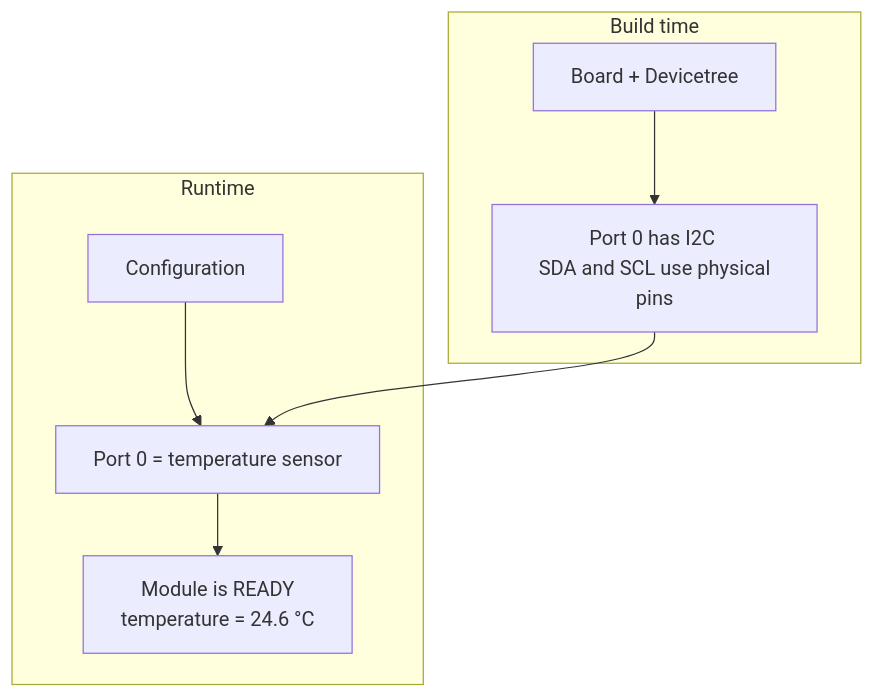
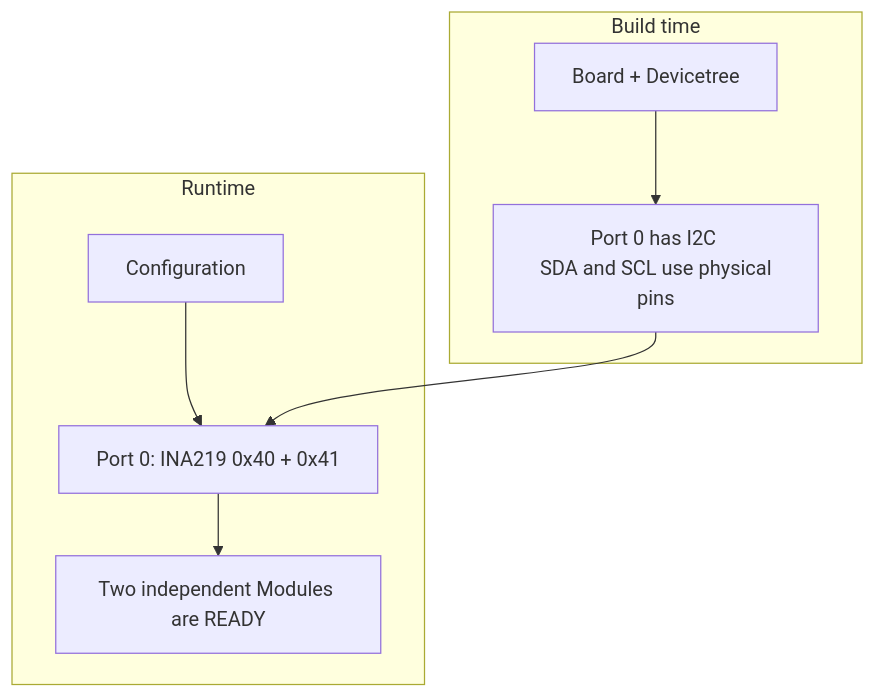
One commit to andreapiccini/SpaghettiLAB changed the fourth of 18 diagrams in Firmware/core/ARCHITECTURE.md. Above: the diagram before and after it, drawn with Mermaid. The commit also changed other lines of this file and 62 other files, not shown here.

Commit message:
refactor to support for 1:N module in the same port

````diff
--- a/Firmware/core/ARCHITECTURE.md
+++ b/Firmware/core/ARCHITECTURE.md
@@ -134,17 +135,17 @@
 ```mermaid
 flowchart TB
     subgraph BUILD["Build time"]
         BOARD["Board + Devicetree"]
         STATIC["Port 0 has I2C <br/> SDA and SCL use physical pins"]
         BOARD --> STATIC
     end
 
     subgraph RUN["Runtime"]
         CONFIG["Configuration"]
-        ASSIGN["Port 0 = temperature sensor"]
-        STATE["Module is READY <br/> temperature = 24.6 °C"]
+        ASSIGN["Port 0: INA219 0x40 + 0x41"]
+        STATE["Two independent Modules are READY"]
         CONFIG --> ASSIGN --> STATE
     end
 
     STATIC --> ASSIGN
 ```
````
